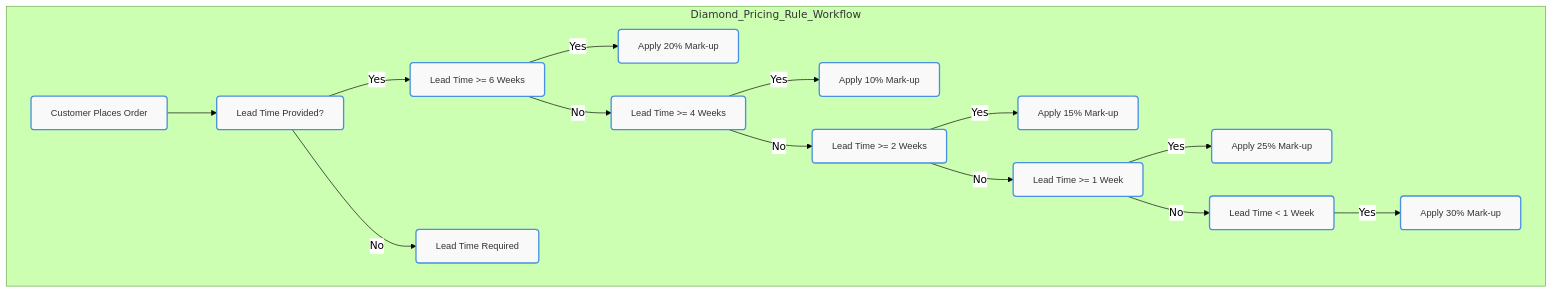
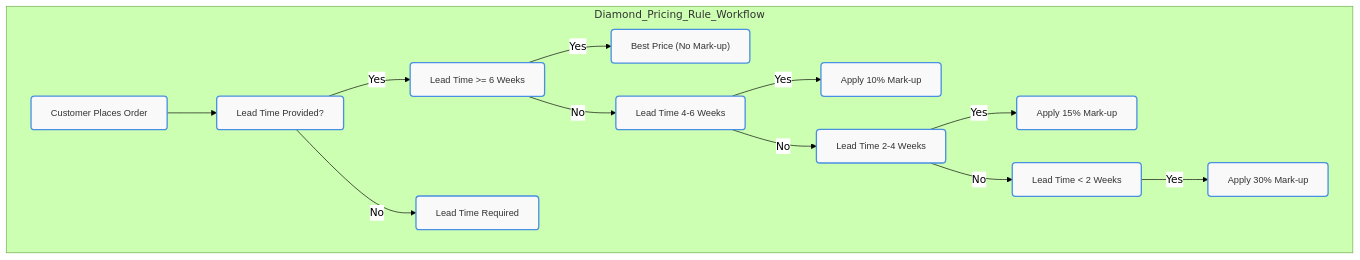
One commit to TyGrim13/4WinnerFlows changed the second of 17 diagrams in README.md. Above: the diagram before and after it, drawn with Mermaid. The commit also changed other lines of this file, not shown here.

````diff
--- a/README.md
+++ b/README.md
@@ -171,37 +172,34 @@
 ```mermaid
 
 %%{init: {'theme': 'forest', 'themeVariables': { 'primaryColor': '#4a90e2', 'edgeLabelBackground': '#ffffff', 'tertiaryColor': '#f4f4f4', 'primaryBorderColor': '#333', 'primaryTextColor': '#333', 'fontFamily': 'Arial'}}}%%
 
 flowchart TD
     classDef default fill:#f9f9f9,stroke:#4a90e2,stroke-width:2px,color:#333,font-family:'Arial',font-size:14px,rx:5,ry:5;
 
     subgraph Diamond_Pricing_Rule_Workflow
         A1["Customer Places Order"]
         A2["Lead Time Provided?"]
         A3["Lead Time >= 6 Weeks"]
-        A4["Apply 20% Mark-up"]
-        A5["Lead Time >= 4 Weeks"]
+        A4["Best Price (No Mark-up)"]
+        A5["Lead Time 4-6 Weeks"]
         A6["Apply 10% Mark-up"]
-        A7["Lead Time >= 2 Weeks"]
+        A7["Lead Time 2-4 Weeks"]
         A8["Apply 15% Mark-up"]
-        A9["Lead Time >= 1 Week"]
-        A10["Apply 25% Mark-up"]
-        A11["Lead Time < 1 Week"]
-        A12["Apply 30% Mark-up"]
-        A13["Lead Time Required"]
+        A9["Lead Time < 2 Weeks"]
+        A10["Apply 30% Mark-up"]
+        A11["Lead Time Required"]
     end
     
     A1 --> A2
     A2 -- Yes --> A3
-    A2 -- No --> A13
+    A2 -- No --> A11
     A3 -- Yes --> A4
     A3 -- No --> A5
     A5 -- Yes --> A6
     A5 -- No --> A7
     A7 -- Yes --> A8
     A7 -- No --> A9
     A9 -- Yes --> A10
-    A9 -- No --> A11
-    A11 -- Yes --> A12
+
 
 ```
````
